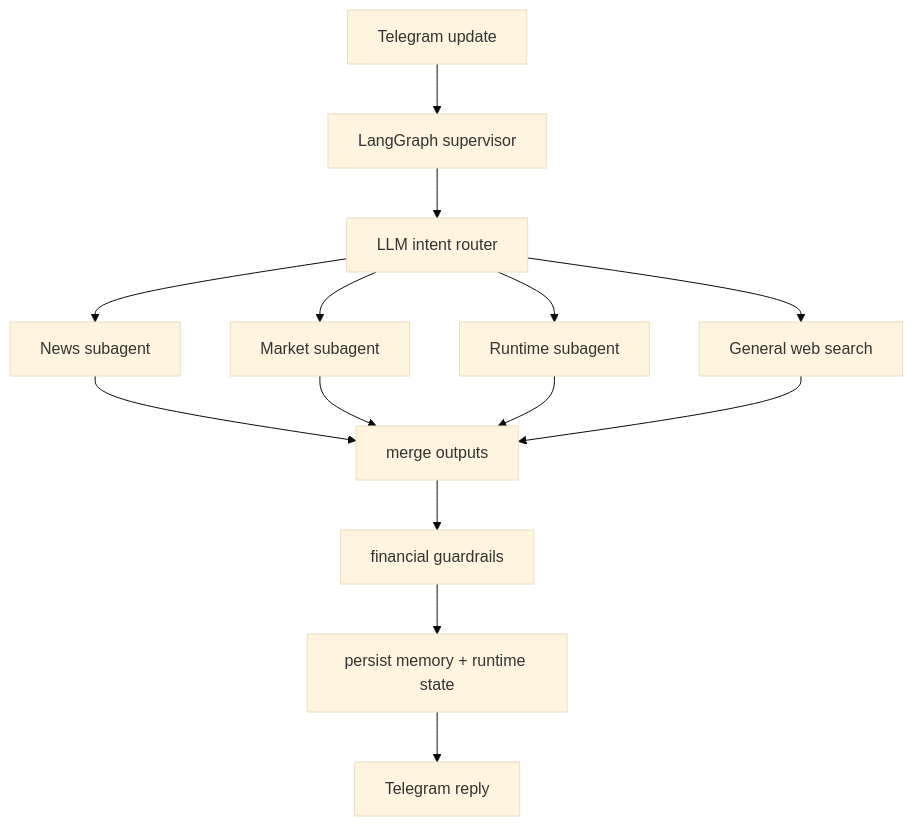
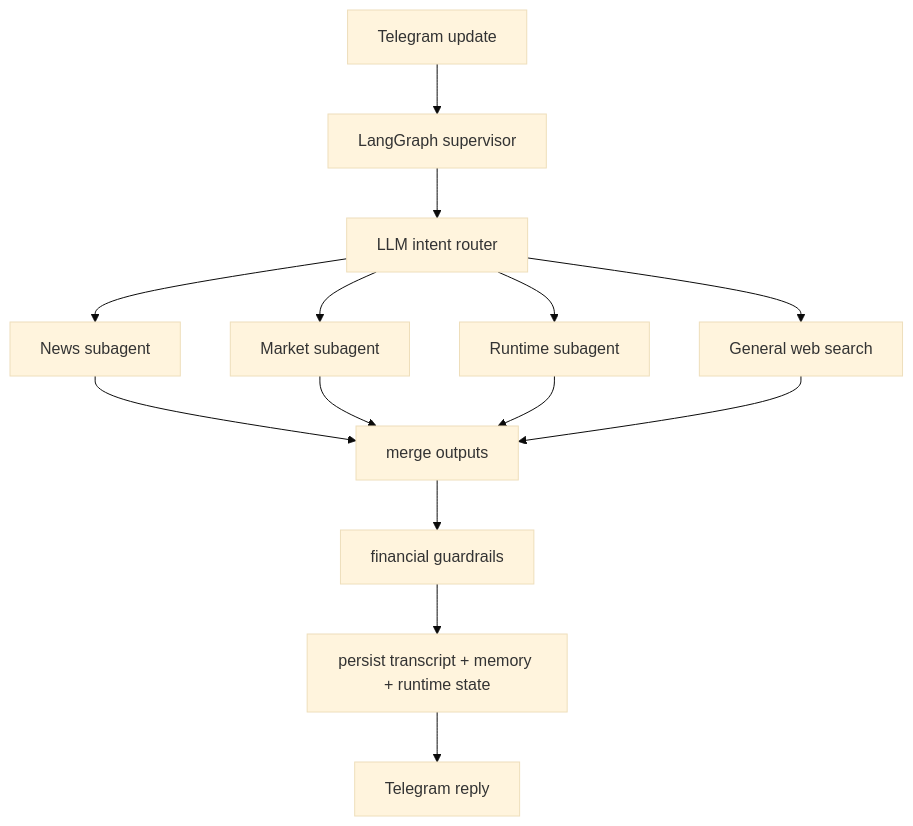
The first of 2 diagrams in README.md (whr129/Hello-Stock), drawn with Mermaid (base theme) before and after one commit. The commit also changed other lines of this file and 15 other files, not shown here.

````diff
--- a/README.md
+++ b/README.md
@@ -29,16 +30,16 @@
 ```mermaid
 flowchart TD
     telegram[Telegram update] --> supervisor[LangGraph supervisor]
     supervisor --> router[LLM intent router]
     router --> news[News subagent]
     router --> market[Market subagent]
     router --> runtime[Runtime subagent]
     router --> search[General web search]
     news --> merge[merge outputs]
     market --> merge
     runtime --> merge
     search --> merge
     merge --> guardrails[financial guardrails]
-    guardrails --> persist[persist memory + runtime state]
+    guardrails --> persist[persist transcript + memory + runtime state]
     persist --> reply[Telegram reply]
 ```
````
